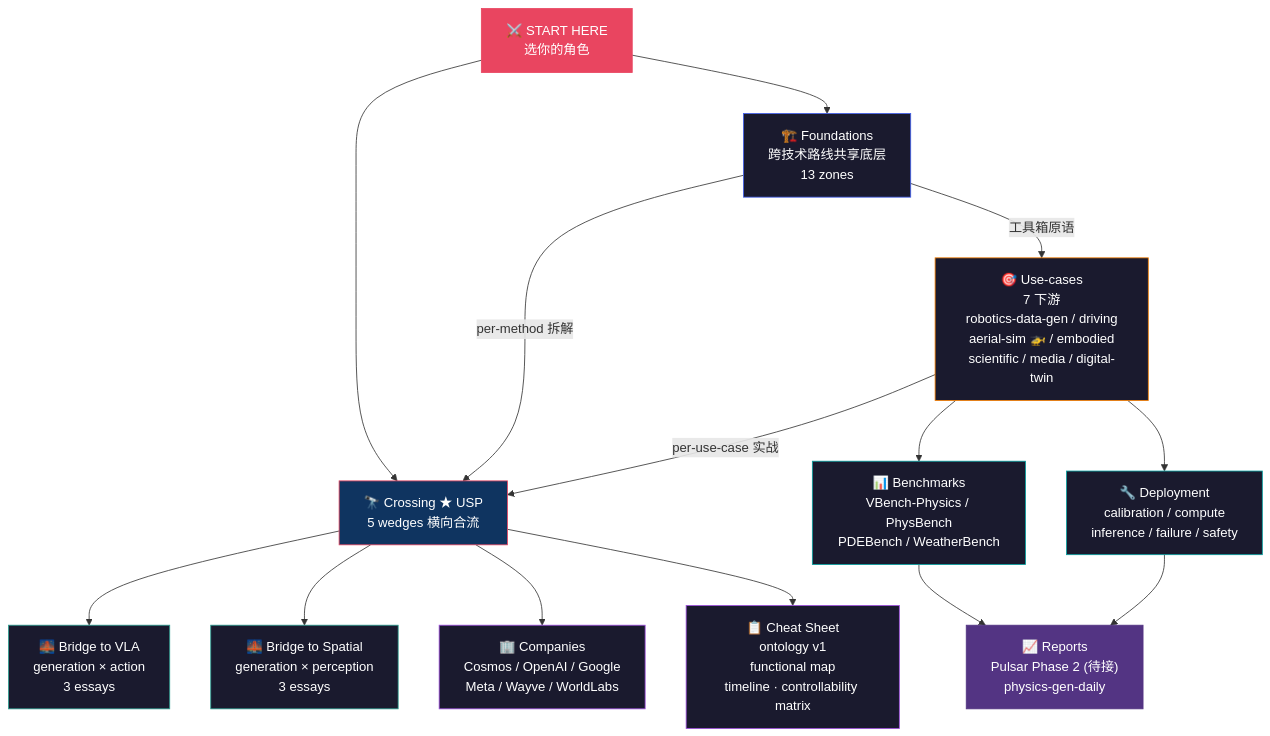
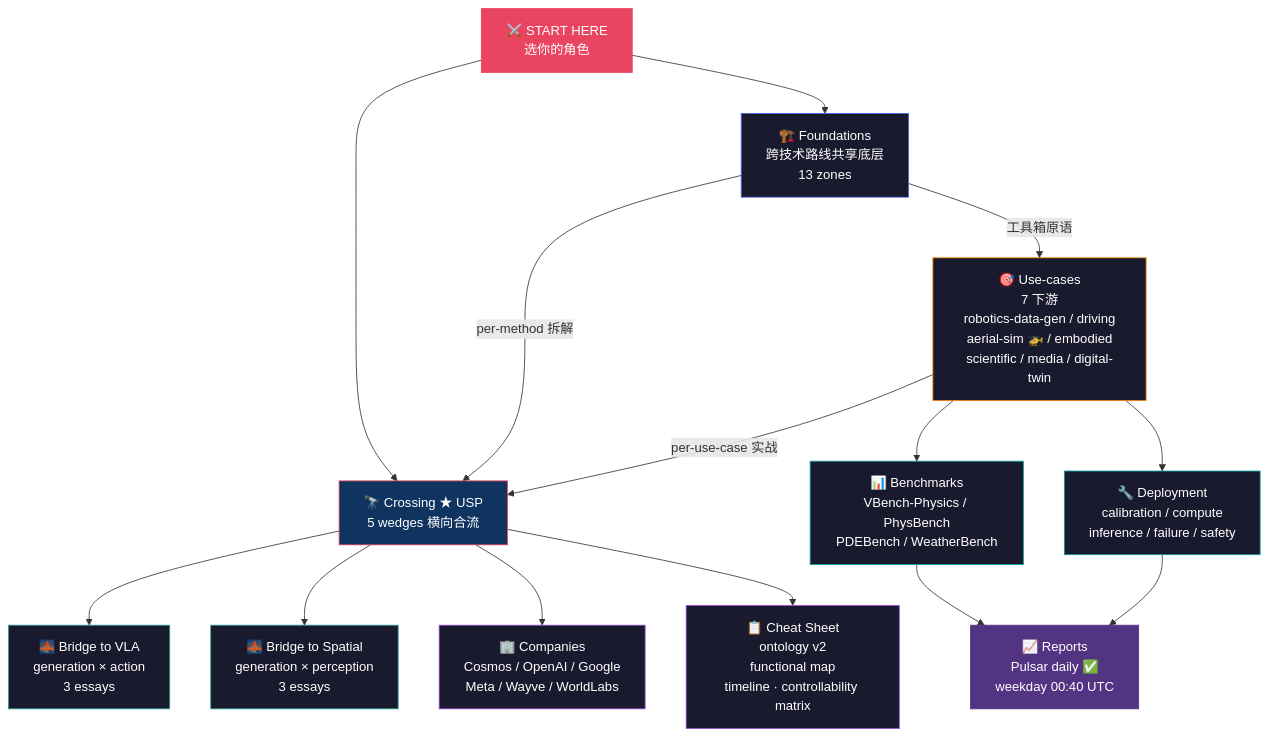
One commit to sou350121/Physics-Controllable-Generation-Handbook changed the diagram in README.md. Above: the diagram before and after it, drawn with Mermaid. The commit also changed other lines of this file and 4 other files, not shown here.

````diff
--- a/README.md
+++ b/README.md
@@ -75,33 +75,33 @@
 ```mermaid
 graph TD
     START["⚔️ START HERE<br/>选你的角色"] --> FOUND["🏗️ Foundations<br/>跨技术路线共享底层<br/>13 zones"]
     START --> CROSS["🔭 Crossing ★ USP<br/>5 wedges 横向合流"]
 
     FOUND -->|"工具箱原语"| USE["🎯 Use-cases<br/>7 下游<br/>robotics-data-gen / driving<br/>aerial-sim 🚁 / embodied<br/>scientific / media / digital-twin"]
     FOUND -->|"per-method 拆解"| CROSS
 
     USE -->|"per-use-case 实战"| CROSS
 
     CROSS --> BVLA["🌉 Bridge to VLA<br/>generation × action<br/>3 essays"]
     CROSS --> BSPA["🌉 Bridge to Spatial<br/>generation × perception<br/>3 essays"]
     CROSS --> COMP["🏢 Companies<br/>Cosmos / OpenAI / Google<br/>Meta / Wayve / WorldLabs"]
-    CROSS --> CHEAT["📋 Cheat Sheet<br/>ontology v1<br/>functional map<br/>timeline · controllability matrix"]
+    CROSS --> CHEAT["📋 Cheat Sheet<br/>ontology v2<br/>functional map<br/>timeline · controllability matrix"]
 
     USE --> BENCH["📊 Benchmarks<br/>VBench-Physics / PhysBench<br/>PDEBench / WeatherBench"]
     USE --> DEPLOY["🔧 Deployment<br/>calibration / compute<br/>inference / failure / safety"]
 
-    BENCH --> REP["📈 Reports<br/>Pulsar Phase 2 (待接)<br/>physics-gen-daily"]
+    BENCH --> REP["📈 Reports<br/>Pulsar daily ✅<br/>weekday 00:40 UTC"]
     DEPLOY --> REP
 
     style START fill:#e94560,stroke:#e94560,color:#fff
     style FOUND fill:#1a1a2e,stroke:#4361ee,color:#fff
     style USE fill:#1a1a2e,stroke:#f77f00,color:#fff
     style CROSS fill:#0f3460,stroke:#e94560,color:#fff
     style BVLA fill:#1a1a2e,stroke:#2a9d8f,color:#fff
     style BSPA fill:#1a1a2e,stroke:#2a9d8f,color:#fff
     style COMP fill:#1a1a2e,stroke:#9d4edd,color:#fff
     style CHEAT fill:#1a1a2e,stroke:#9d4edd,color:#fff
     style BENCH fill:#1a1a2e,stroke:#06a0a0,color:#fff
     style DEPLOY fill:#1a1a2e,stroke:#06a0a0,color:#fff
     style REP fill:#533483,stroke:#533483,color:#fff
 ```
````
